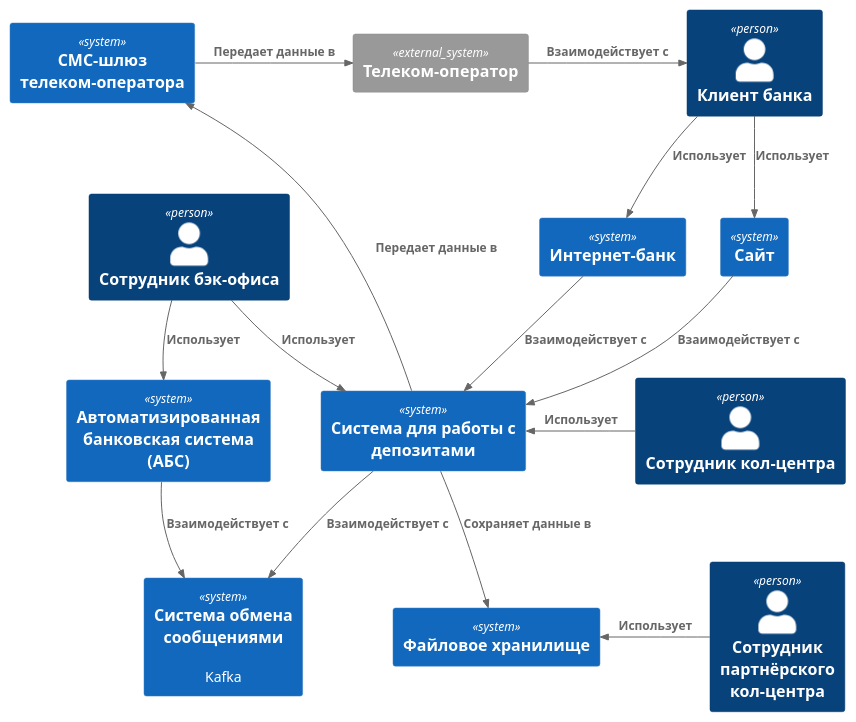
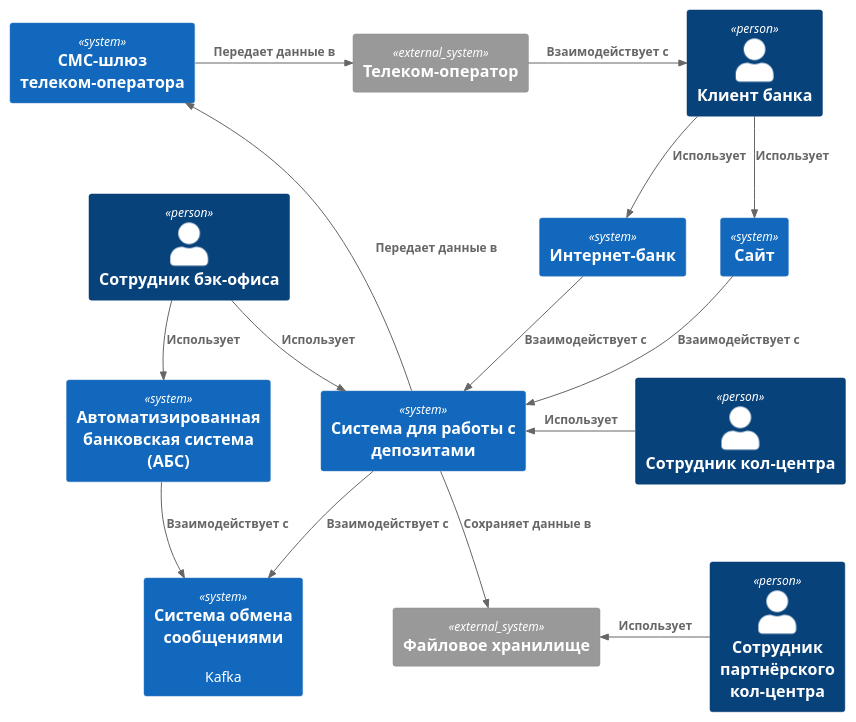
Before and after one commit to vsevolod-nikitin/yandex-practicum-architecture-pro-standart: the diagram in Task4/Context.puml, drawn with PlantUML. The commit also changed 4 other files, not shown here.

```diff
--- a/Task4/Context.puml
+++ b/Task4/Context.puml
@@ -1,39 +1,39 @@
 @startuml Context
 !include https://raw.githubusercontent.com/plantuml-stdlib/C4-PlantUML/master/C4_Context.puml
 
 Person(client, "Клиент банка")
 Person(backEmployee, "Сотрудник бэк-офиса")
 Person(callerEmployee, "Сотрудник кол-центра")
 Person(externalPartnerEmployee, "Сотрудник партнёрского кол-центра")
 
 System(website, "Сайт")
 System(internetBank, "Интернет-банк")
 System(depositSystem, "Система для работы с депозитами")
 System(abs, "Автоматизированная банковская система (АБС)")
 System(smsGateway, "СМС-шлюз телеком-оператора")
 System(messageBroker, "Система обмена сообщениями", "Kafka")
-System(fileArchive, "Файловое хранилище")
+System_Ext(fileArchive, "Файловое хранилище")
 
 System_Ext(telecomOperator, "Телеком-оператор")
 
 Rel(client, internetBank, "Использует")
 Rel(client, website, "Использует")
 
 Rel(backEmployee, depositSystem, "Использует")
 Rel(backEmployee, abs, "Использует")
 Rel_L(callerEmployee, depositSystem, "Использует")
 Rel(internetBank, depositSystem, "Взаимодействует с")
 Rel(website, depositSystem, "Взаимодействует с")
 
 Rel_L(depositSystem, smsGateway, "Передает данные в")
 Rel(depositSystem, messageBroker, "Взаимодействует с")
 Rel(abs, messageBroker, "Взаимодействует с")
 Rel(depositSystem, fileArchive, "Сохраняет данные в")
 
 Rel_R(smsGateway, telecomOperator, "Передает данные в")
 Rel_R(telecomOperator, client, "Взаимодействует с")
 Rel_L(externalPartnerEmployee, fileArchive, "Использует")
 
 LAYOUT_TOP_DOWN()
 
 @enduml
```
